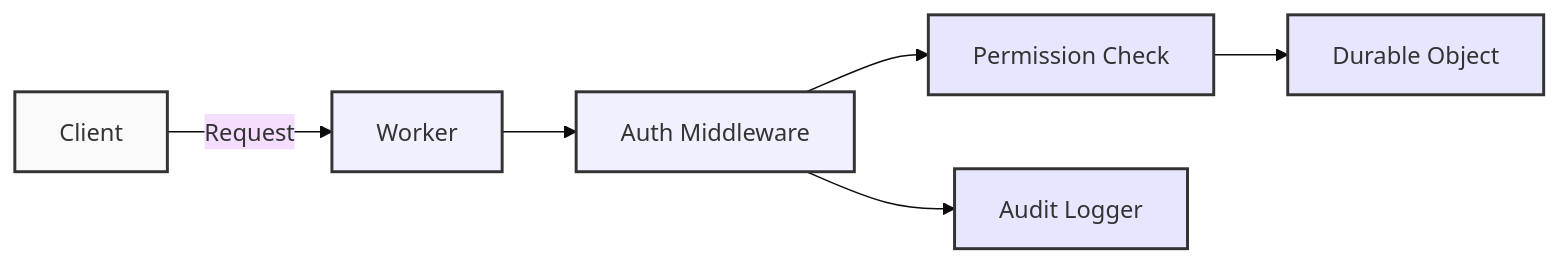
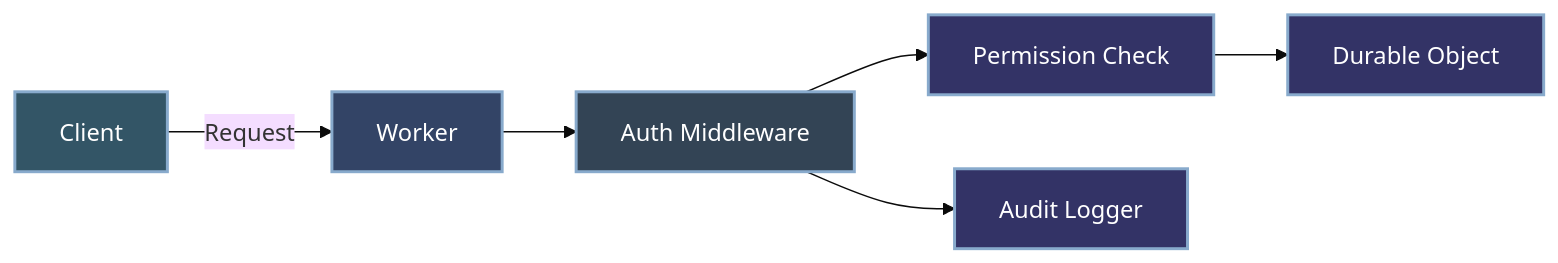
Before and after one commit to erfianugrah/api-gateway-workers: the second of 7 diagrams in docs/ARCHITECTURE.md, drawn with Mermaid (base theme). The commit also changed other lines of this file and 1 other file, not shown here.

````diff
--- a/docs/ARCHITECTURE.md
+++ b/docs/ARCHITECTURE.md
@@ -31,15 +31,15 @@
 ```mermaid
 flowchart LR
     A[Client] -->|Request| B[Worker]
     B --> C[Auth Middleware]
     C --> D[Permission Check]
     C --> E[Audit Logger]
     D --> F[Durable Object]
     
-    style A fill:#f9f9f9,stroke:#333,stroke-width:2px
-    style B fill:#f0f0ff,stroke:#333,stroke-width:2px
-    style C fill:#f0f0ff,stroke:#333,stroke-width:2px
-    style D fill:#e6e6ff,stroke:#333,stroke-width:2px
-    style E fill:#e6e6ff,stroke:#333,stroke-width:2px
-    style F fill:#e6e6ff,stroke:#333,stroke-width:2px
+    style A fill:#335566,stroke:#88aacc,stroke-width:2px,color:#ffffff
+    style B fill:#334466,stroke:#88aacc,stroke-width:2px,color:#ffffff
+    style C fill:#334455,stroke:#88aacc,stroke-width:2px,color:#ffffff
+    style D fill:#333366,stroke:#88aacc,stroke-width:2px,color:#ffffff
+    style E fill:#333366,stroke:#88aacc,stroke-width:2px,color:#ffffff
+    style F fill:#333366,stroke:#88aacc,stroke-width:2px,color:#ffffff
 ```
````
